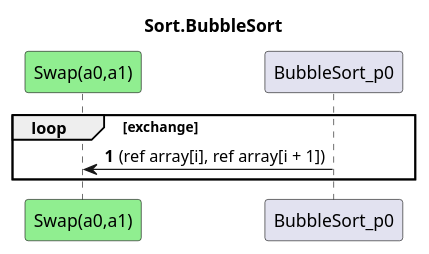
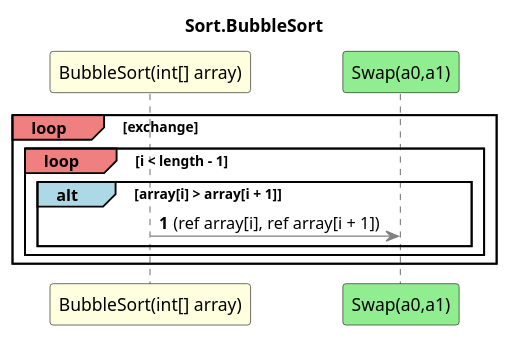
One commit to leoggehrer/2324-34_ABIF_ACIF_POSE changed the diagram in SortingAlgorithms.ConApp/diagrams/sq_Sort_BubbleSort.puml. Above: the diagram before and after it, drawn with PlantUML. The commit also changed 37 other files, not shown here.

```diff
--- a/SortingAlgorithms.ConApp/diagrams/sq_Sort_BubbleSort.puml
+++ b/SortingAlgorithms.ConApp/diagrams/sq_Sort_BubbleSort.puml
@@ -1,8 +1,13 @@
 @startuml Sort.BubbleSort
 title Sort.BubbleSort
+participant "BubbleSort(int[] array)" as BubbleSort_p0 #LightYellow
 participant "Swap(a0,a1)" as Swap_a0_a1 #LightGreen
 autonumber
-loop exchange
-    BubbleSort_p0 -> Swap_a0_a1 : (ref array[i], ref array[i + 1])
+loop#LightCoral exchange
+    loop#LightCoral i < length - 1
+        alt#LightBlue array[i] > array[i + 1]
+            BubbleSort_p0 -[#grey]> Swap_a0_a1 : (ref array[i], ref array[i + 1])
+        end
+    end
 end
 @enduml
```
